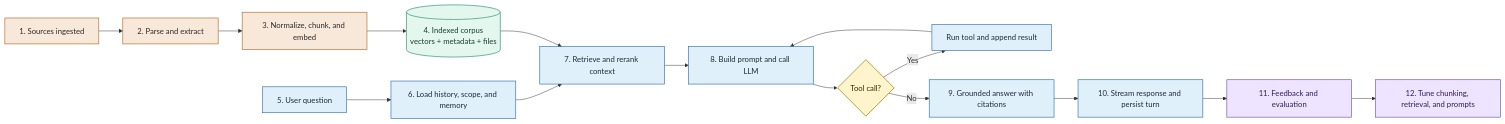
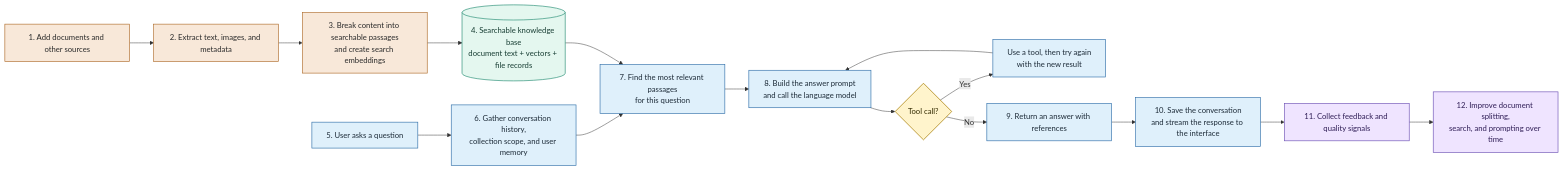
Before and after one commit to AquiLLM/AquiLLM: the second of 3 diagrams in docs/documents/architecture/aquillm-architecture-paper-simplified.md, drawn with Mermaid.

Commit message:
Docs: improve End to End System Flow Chart Labeling

````diff
--- a/docs/documents/architecture/aquillm-architecture-paper-simplified.md
+++ b/docs/documents/architecture/aquillm-architecture-paper-simplified.md
@@ -72,30 +72,30 @@
 ```mermaid
 flowchart LR
-  A["1. Sources ingested"] --> B["2. Parse and extract"]
-  B --> C["3. Normalize, chunk, and embed"]
-  C --> D[("4. Indexed corpus<br/>vectors + metadata + files")]
+  A["1. Add documents and other sources"] --> B["2. Extract text, images, and metadata"]
+  B --> C["3. Break content into searchable passages<br/>and create search embeddings"]
+  C --> D[("4. Searchable knowledge base<br/>document text + vectors + file records")]
 
-  E["5. User question"] --> F["6. Load history, scope, and memory"]
-  F --> G["7. Retrieve and rerank context"]
+  E["5. User asks a question"] --> F["6. Gather conversation history,<br/>collection scope, and user memory"]
+  F --> G["7. Find the most relevant passages<br/>for this question"]
   D --> G
-  G --> H["8. Build prompt and call LLM"]
+  G --> H["8. Build the answer prompt<br/>and call the language model"]
   H --> I{"Tool call?"}
-  I -->|Yes| J["Run tool and append result"]
+  I -->|Yes| J["Use a tool, then try again<br/>with the new result"]
   J --> H
-  I -->|No| K["9. Grounded answer with citations"]
-  K --> L["10. Stream response and persist turn"]
-  L --> M["11. Feedback and evaluation"]
-  M --> N["12. Tune chunking, retrieval, and prompts"]
+  I -->|No| K["9. Return an answer with references"]
+  K --> L["10. Save the conversation<br/>and stream the response to the interface"]
+  L --> M["11. Collect feedback and quality signals"]
+  M --> N["12. Improve document splitting,<br/>search, and prompting over time"]
 
   classDef ingest fill:#f8e8d9,stroke:#ad6a28,stroke-width:1.3px,color:#2a2a2a;
   classDef store fill:#e4f7ef,stroke:#1f8a70,stroke-width:1.3px,color:#173d33;
   classDef runtime fill:#dff0fb,stroke:#2d6da8,stroke-width:1.3px,color:#1d2b38;
   classDef decision fill:#fff4cc,stroke:#a67c00,stroke-width:1.5px,color:#332b00;
   classDef eval fill:#efe4ff,stroke:#6a4fb3,stroke-width:1.3px,color:#2f1d56;
 
   class A,B,C ingest;
   class D store;
   class E,F,G,H,J,K,L runtime;
   class I decision;
   class M,N eval;
 ```
````
